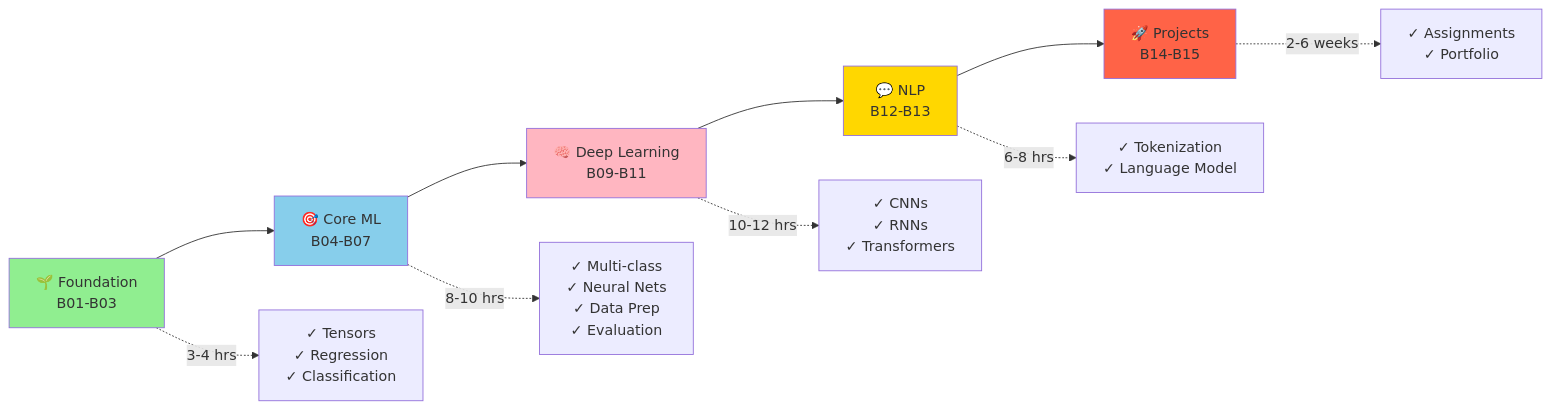
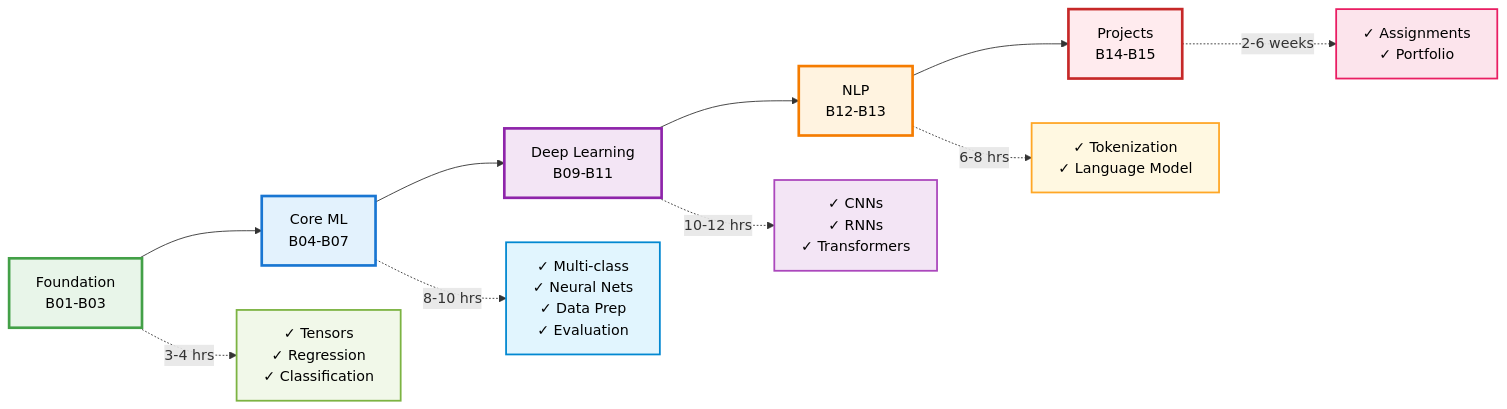
Before and after one commit to nexageapps/AI: the ninth of 10 diagrams in Basic/README.md, drawn with Mermaid.

````diff
--- a/Basic/README.md
+++ b/Basic/README.md
@@ -618,19 +618,24 @@
 ```mermaid
 graph LR
-    A[🌱 Foundation<br/>B01-B03] --> B[🎯 Core ML<br/>B04-B07]
-    B --> C[🧠 Deep Learning<br/>B09-B11]
-    C --> D[💬 NLP<br/>B12-B13]
-    D --> E[🚀 Projects<br/>B14-B15]
+    A["Foundation<br/>B01-B03"] --> B["Core ML<br/>B04-B07"]
+    B --> C["Deep Learning<br/>B09-B11"]
+    C --> D["NLP<br/>B12-B13"]
+    D --> E["Projects<br/>B14-B15"]
     
-    A -.->|3-4 hrs| A1[✓ Tensors<br/>✓ Regression<br/>✓ Classification]
-    B -.->|8-10 hrs| B1[✓ Multi-class<br/>✓ Neural Nets<br/>✓ Data Prep<br/>✓ Evaluation]
-    C -.->|10-12 hrs| C1[✓ CNNs<br/>✓ RNNs<br/>✓ Transformers]
-    D -.->|6-8 hrs| D1[✓ Tokenization<br/>✓ Language Model]
-    E -.->|2-6 weeks| E1[✓ Assignments<br/>✓ Portfolio]
+    A -.->|"3-4 hrs"| A1["✓ Tensors<br/>✓ Regression<br/>✓ Classification"]
+    B -.->|"8-10 hrs"| B1["✓ Multi-class<br/>✓ Neural Nets<br/>✓ Data Prep<br/>✓ Evaluation"]
+    C -.->|"10-12 hrs"| C1["✓ CNNs<br/>✓ RNNs<br/>✓ Transformers"]
+    D -.->|"6-8 hrs"| D1["✓ Tokenization<br/>✓ Language Model"]
+    E -.->|"2-6 weeks"| E1["✓ Assignments<br/>✓ Portfolio"]
     
-    style A fill:#90EE90
-    style B fill:#87CEEB
-    style C fill:#FFB6C1
-    style D fill:#FFD700
-    style E fill:#FF6347
+    style A fill:#e8f5e9,stroke:#43a047,stroke-width:3px,color:#000
+    style B fill:#e3f2fd,stroke:#1976d2,stroke-width:3px,color:#000
+    style C fill:#f3e5f5,stroke:#8e24aa,stroke-width:3px,color:#000
+    style D fill:#fff3e0,stroke:#f57c00,stroke-width:3px,color:#000
+    style E fill:#ffebee,stroke:#c62828,stroke-width:3px,color:#000
+    style A1 fill:#f1f8e9,stroke:#7cb342,stroke-width:2px,color:#000
+    style B1 fill:#e1f5fe,stroke:#0288d1,stroke-width:2px,color:#000
+    style C1 fill:#f3e5f5,stroke:#ab47bc,stroke-width:2px,color:#000
+    style D1 fill:#fff8e1,stroke:#ffa726,stroke-width:2px,color:#000
+    style E1 fill:#fce4ec,stroke:#e91e63,stroke-width:2px,color:#000
 ```
````
